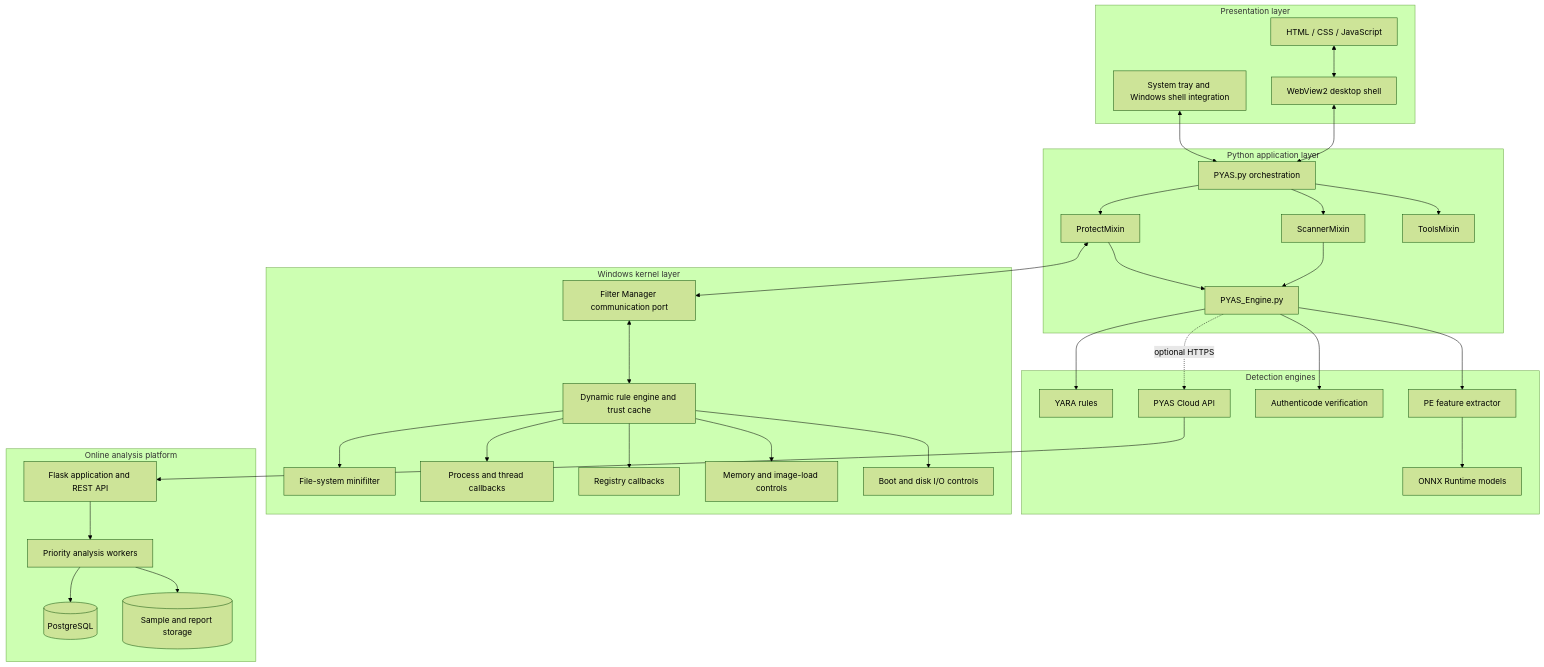
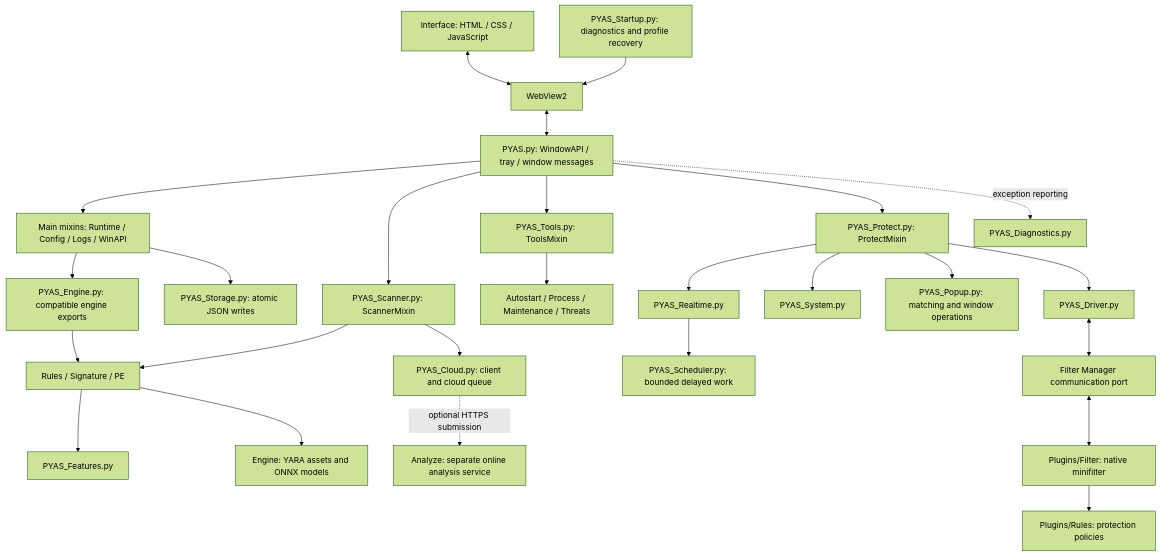
Before and after one commit to 87owo/PYAS: the second of 2 diagrams in README.md, drawn with Mermaid (forest theme). The commit also changed other lines of this file and 27 other files, not shown here.

````diff
--- a/README.md
+++ b/README.md
@@ -80,66 +84,31 @@
 ```mermaid
 flowchart TB
-    subgraph UI[Presentation layer]
-        WEB[HTML / CSS / JavaScript]
-        WV[WebView2 desktop shell]
-        TRAY[System tray and Windows shell integration]
-    end
+    UI[Interface: HTML / CSS / JavaScript] <--> WV[WebView2]
+    WV <--> CORE[PYAS.py: WindowAPI / tray / window messages]
+    START[PYAS_Startup.py: diagnostics and profile recovery] --> WV
+    CORE --> MAIN[Main mixins: Runtime / Config / Logs / WinAPI]
+    CORE --> SCAN[PYAS_Scanner.py: ScannerMixin]
+    CORE --> TOOLS[PYAS_Tools.py: ToolsMixin]
+    CORE --> PROTECT[PYAS_Protect.py: ProtectMixin]
 
-    subgraph APP[Python application layer]
-        CORE[PYAS.py orchestration]
-        SCAN[ScannerMixin]
-        PROTECT[ProtectMixin]
-        TOOLS[ToolsMixin]
-        ENGINE[PYAS_Engine.py]
-    end
+    MAIN --> ENGINE[PYAS_Engine.py: compatible engine exports]
+    SCAN --> LOCAL[Rules / Signature / PE]
+    ENGINE --> LOCAL
+    LOCAL --> FEATURES[PYAS_Features.py]
+    LOCAL --> ASSETS[Engine: YARA assets and ONNX models]
+    SCAN --> CLOUD[PYAS_Cloud.py: client and cloud queue]
+    CLOUD -. optional HTTPS submission .-> ONLINE[Analyze: separate online analysis service]
 
-    subgraph DETECT[Detection engines]
-        YARA[YARA rules]
-        PE[PE feature extractor]
-        ONNX[ONNX Runtime models]
-        SIGN[Authenticode verification]
-        CLOUD[PYAS Cloud API]
-    end
+    TOOLS --> UTIL[Autostart / Process / Maintenance / Threats]
+    PROTECT --> RT[PYAS_Realtime.py]
+    PROTECT --> SYS[PYAS_System.py]
+    PROTECT --> POP[PYAS_Popup.py: matching and window operations]
+    PROTECT --> DRIVER[PYAS_Driver.py]
+    RT --> SCHED[PYAS_Scheduler.py: bounded delayed work]
+    DRIVER <--> PORT[Filter Manager communication port]
+    PORT <--> KERNEL[Plugins/Filter: native minifilter]
+    KERNEL --> POLICY[Plugins/Rules: protection policies]
 
-    subgraph KERNEL[Windows kernel layer]
-        PORT[Filter Manager communication port]
-        RULES[Dynamic rule engine and trust cache]
-        FILE[File-system minifilter]
-        PROC[Process and thread callbacks]
-        REG[Registry callbacks]
-        MEM[Memory and image-load controls]
-        BOOT[Boot and disk I/O controls]
-    end
-
-    subgraph ONLINE[Online analysis platform]
-        API[Flask application and REST API]
-        QUEUE[Priority analysis workers]
-        DB[(PostgreSQL)]
-        STORAGE[(Sample and report storage)]
-    end
-
-    WEB <--> WV
-    WV <--> CORE
-    TRAY <--> CORE
-    CORE --> SCAN
-    CORE --> PROTECT
-    CORE --> TOOLS
-    SCAN --> ENGINE
-    PROTECT --> ENGINE
-    ENGINE --> YARA
-    ENGINE --> PE
-    PE --> ONNX
-    ENGINE --> SIGN
-    ENGINE -. optional HTTPS .-> CLOUD
-    PROTECT <--> PORT
-    PORT <--> RULES
-    RULES --> FILE
-    RULES --> PROC
-    RULES --> REG
-    RULES --> MEM
-    RULES --> BOOT
-    CLOUD --> API
-    API --> QUEUE
-    QUEUE --> DB
-    QUEUE --> STORAGE
+    MAIN --> STORE[PYAS_Storage.py: atomic JSON writes]
+    CORE -. exception reporting .-> DIAG[PYAS_Diagnostics.py]
 ```
````
